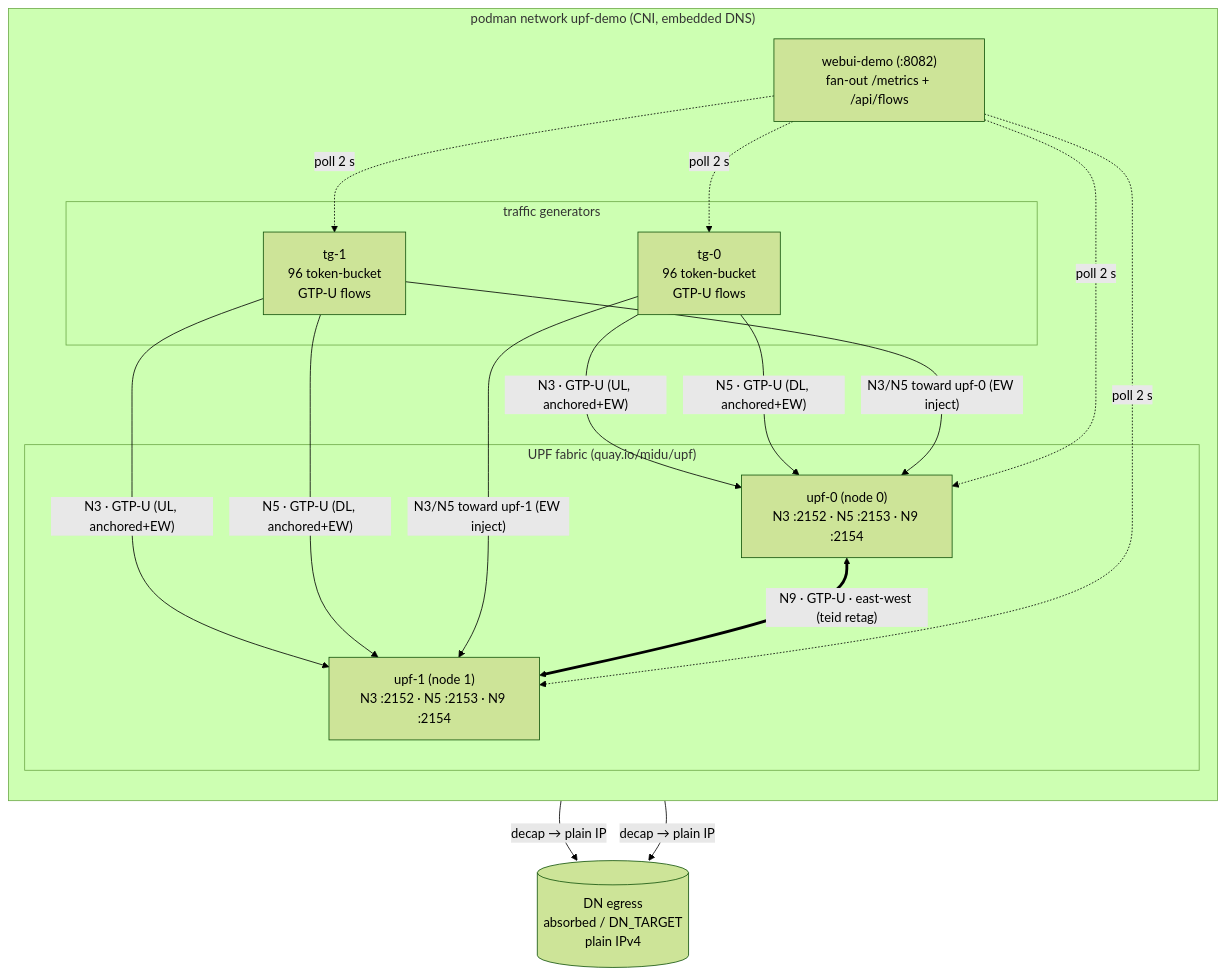
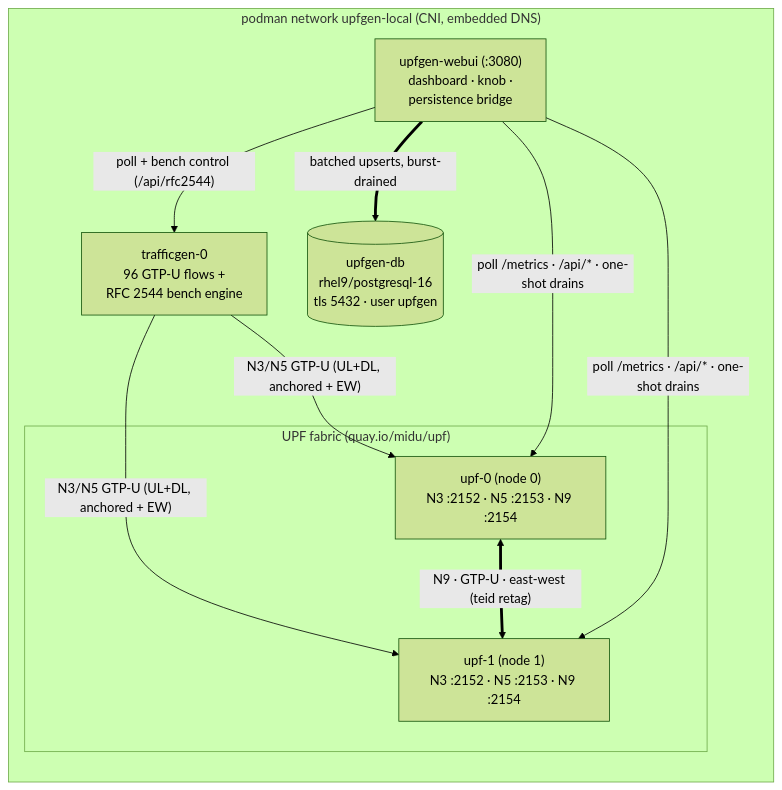
The diagram in docs/podman-demo.md (midu16/telco-upf-gen), drawn with Mermaid (forest theme) before and after one commit. The commit also changed other lines of this file and 19 other files, not shown here.

````diff
--- a/docs/podman-demo.md
+++ b/docs/podman-demo.md
@@ -16,36 +16,25 @@
 ```mermaid
 flowchart TB
-    subgraph NET["podman network upf-demo (CNI, embedded DNS)"]
+    subgraph NET["podman network upfgen-local (CNI, embedded DNS)"]
         direction TB
 
-        subgraph TGs["traffic generators"]
-            TG0["tg-0<br/>96 token-bucket<br/>GTP-U flows"]
-            TG1["tg-1<br/>96 token-bucket<br/>GTP-U flows"]
-        end
+        DB[("upfgen-db<br/>rhel9/postgresql-16<br/>tls 5432 · user upfgen")]
 
         subgraph UPFs["UPF fabric (quay.io/midu/upf)"]
             UPF0["upf-0 (node 0)<br/>N3 :2152 · N5 :2153 · N9 :2154"]
             UPF1["upf-1 (node 1)<br/>N3 :2152 · N5 :2153 · N9 :2154"]
         end
 
-        WEB["webui-demo (:8082)<br/>fan-out /metrics + /api/flows"]
+        TG0["trafficgen-0<br/>96 GTP-U flows +<br/>RFC 2544 bench engine"]
+
+        WEB["upfgen-webui (:3080)<br/>dashboard · knob ·<br/>persistence bridge"]
     end
 
-    DN[("DN egress<br/>absorbed / DN_TARGET<br/>plain IPv4")]
+    TG0 -- "N3/N5 GTP-U (UL+DL, anchored + EW)" --> UPF0
+    TG0 -- "N3/N5 GTP-U (UL+DL, anchored + EW)" --> UPF1
+    UPF0 <== "N9 · GTP-U · east-west (teid retag)" ==> UPF1
 
-    TG0 -- "N3 · GTP-U (UL, anchored+EW)" --> UPF0
-    TG0 -- "N5 · GTP-U (DL, anchored+EW)" --> UPF0
-    TG1 -- "N3 · GTP-U (UL, anchored+EW)" --> UPF1
-    TG1 -- "N5 · GTP-U (DL, anchored+EW)" --> UPF1
-    TG0 -- "N3/N5 toward upf-1 (EW inject)" --> UPF1
-    TG1 -- "N3/N5 toward upf-0 (EW inject)" --> UPF0
-
-    UPF0 <== "N9 · GTP-U · east-west (teid retag)" ==> UPF1
-    UPF0 -- "decap → plain IP" --> DN
-    UPF1 -- "decap → plain IP" --> DN
-
-    WEB -. "poll 2 s" .-> UPF0
-    WEB -. "poll 2 s" .-> UPF1
-    WEB -. "poll 2 s" .-> TG0
-    WEB -. "poll 2 s" .-> TG1
+    WEB -- "poll /metrics · /api/* · one-shot drains" --> UPF0 & UPF1
+    WEB -- "poll + bench control (/api/rfc2544)" --> TG0
+    WEB == "batched upserts, burst-drained" ==> DB
 ```
````
